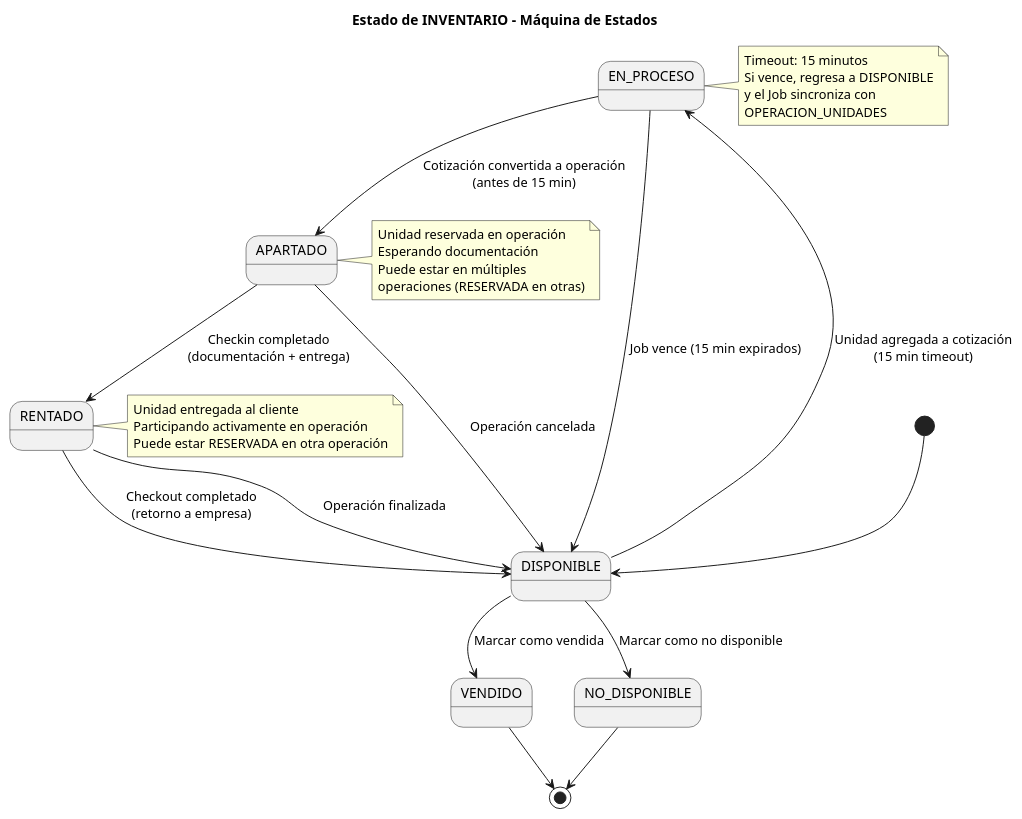
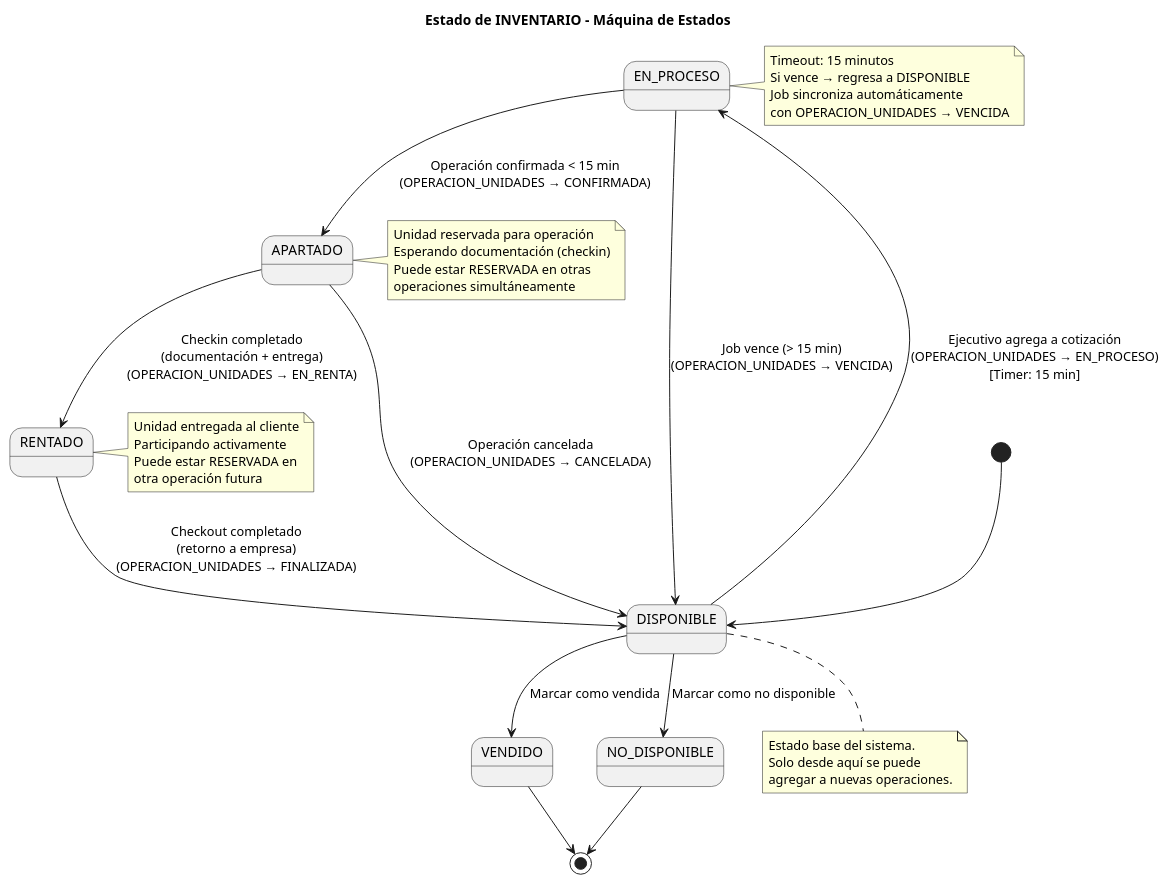
Before and after one commit to hvillaLFC/operacion-vehiculos-docs: the diagram in docs/diagramas/01-estado-inventario.puml, drawn with PlantUML. The commit also changed 17 other files, not shown here.

```diff
--- a/docs/diagramas/01-estado-inventario.puml
+++ b/docs/diagramas/01-estado-inventario.puml
@@ -1,41 +1,47 @@
 @startuml estado-inventario
 title Estado de INVENTARIO - Máquina de Estados
 
 [*] --> DISPONIBLE
 
-DISPONIBLE --> EN_PROCESO: Unidad agregada a cotización\n(15 min timeout)
-DISPONIBLE --> VENDIDO: Marcar como vendida
-DISPONIBLE --> NO_DISPONIBLE: Marcar como no disponible
+DISPONIBLE --> EN_PROCESO : Ejecutivo agrega a cotización\n(OPERACION_UNIDADES → EN_PROCESO)\n[Timer: 15 min]
+DISPONIBLE --> VENDIDO : Marcar como vendida
+DISPONIBLE --> NO_DISPONIBLE : Marcar como no disponible
 
-EN_PROCESO --> APARTADO: Cotización convertida a operación\n(antes de 15 min)
-EN_PROCESO --> DISPONIBLE: Job vence (15 min expirados)
+EN_PROCESO --> APARTADO : Operación confirmada < 15 min\n(OPERACION_UNIDADES → CONFIRMADA)
+EN_PROCESO --> DISPONIBLE : Job vence (> 15 min)\n(OPERACION_UNIDADES → VENCIDA)
 
-APARTADO --> RENTADO: Checkin completado\n(documentación + entrega)
-APARTADO --> DISPONIBLE: Operación cancelada
+APARTADO --> RENTADO : Checkin completado\n(documentación + entrega)\n(OPERACION_UNIDADES → EN_RENTA)
+APARTADO --> DISPONIBLE : Operación cancelada\n(OPERACION_UNIDADES → CANCELADA)
 
-RENTADO --> DISPONIBLE: Checkout completado\n(retorno a empresa)
-RENTADO --> DISPONIBLE: Operación finalizada
+RENTADO --> DISPONIBLE : Checkout completado\n(retorno a empresa)\n(OPERACION_UNIDADES → FINALIZADA)
 
 VENDIDO --> [*]
 NO_DISPONIBLE --> [*]
 
 note right of EN_PROCESO
   Timeout: 15 minutos
-  Si vence, regresa a DISPONIBLE
-  y el Job sincroniza con
-  OPERACION_UNIDADES
+  Si vence → regresa a DISPONIBLE
+  Job sincroniza automáticamente
+  con OPERACION_UNIDADES → VENCIDA
 end note
 
 note right of APARTADO
-  Unidad reservada en operación
-  Esperando documentación
-  Puede estar en múltiples
-  operaciones (RESERVADA en otras)
+  Unidad reservada para operación
+  Esperando documentación (checkin)
+  Puede estar RESERVADA en otras
+  operaciones simultáneamente
 end note
 
 note right of RENTADO
   Unidad entregada al cliente
-  Participando activamente en operación
-  Puede estar RESERVADA en otra operación
+  Participando activamente
+  Puede estar RESERVADA en
+  otra operación futura
+end note
+
+note bottom of DISPONIBLE
+  Estado base del sistema.
+  Solo desde aquí se puede
+  agregar a nuevas operaciones.
 end note
 @enduml
```
